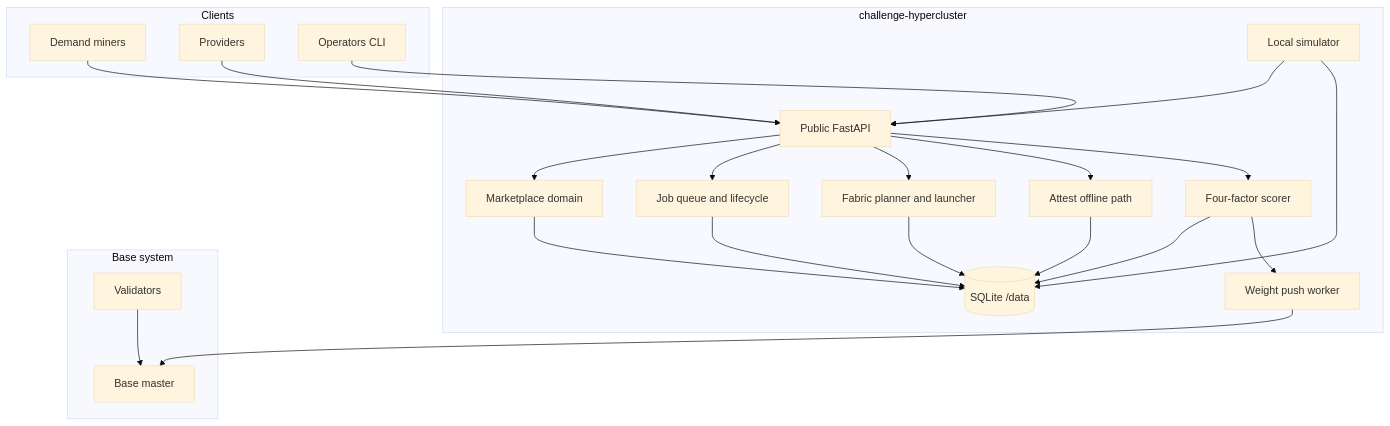
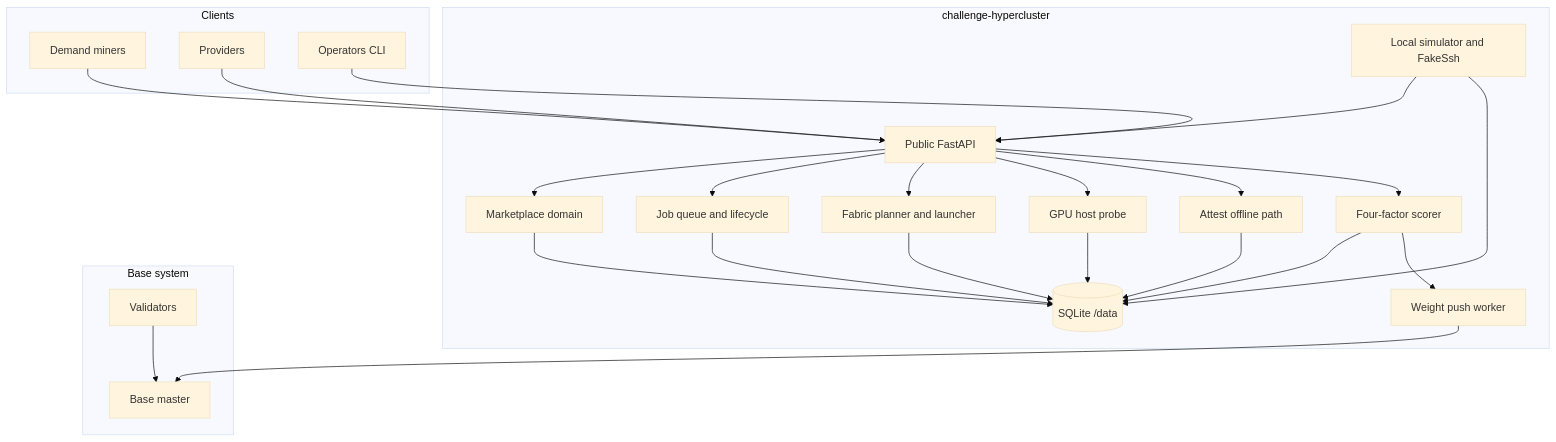
One commit to BaseIntelligence/hypercluster changed the diagram in docs/architecture.md. Above: the diagram before and after it, drawn with Mermaid (base theme). The commit also changed other lines of this file and 6 other files, not shown here.

First line of the commit message:
Document GPU probe fatal table, FakeSsh CI, and Verda fence.

````diff
--- a/docs/architecture.md
+++ b/docs/architecture.md
@@ -9,44 +9,47 @@
 ```mermaid
 flowchart TB
   subgraph clients [Clients]
     DM[Demand miners]
     PR[Providers]
     OP[Operators CLI]
   end
 
   subgraph challenge [challenge-hypercluster]
     API[Public FastAPI]
     MKT[Marketplace domain]
     JOB[Job queue and lifecycle]
     FAB[Fabric planner and launcher]
+    PROBE[GPU host probe]
     TEE[Attest offline path]
     SCR[Four-factor scorer]
     WP[Weight push worker]
-    SIM[Local simulator]
+    SIM[Local simulator and FakeSsh]
     DB[(SQLite /data)]
   end
 
   subgraph base [Base system]
     MAS[Base master]
     VAL[Validators]
   end
 
   DM --> API
   PR --> API
   OP --> API
   API --> MKT
   API --> JOB
   API --> FAB
+  API --> PROBE
   API --> TEE
   API --> SCR
   MKT --> DB
   JOB --> DB
   FAB --> DB
+  PROBE --> DB
   TEE --> DB
   SCR --> DB
   SCR --> WP
   WP --> MAS
   VAL --> MAS
   SIM --> API
   SIM --> DB
 ```
````
